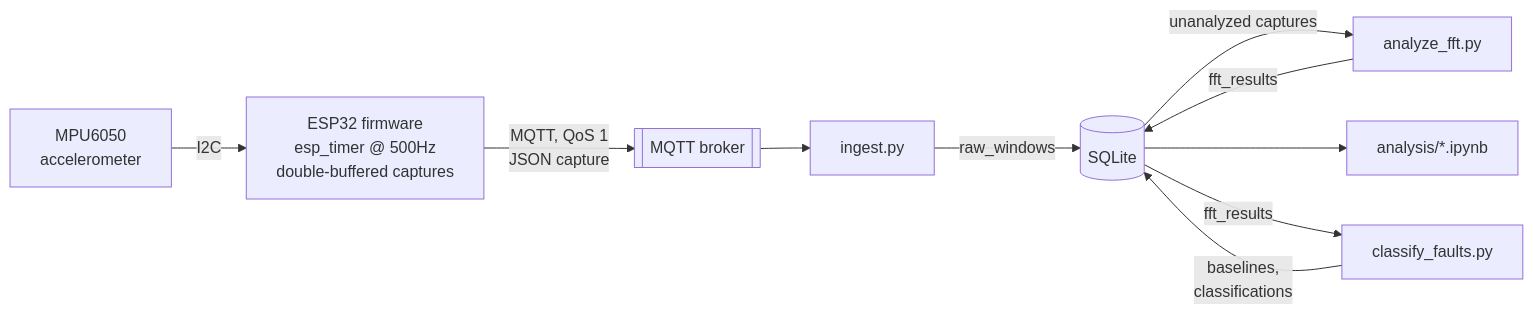
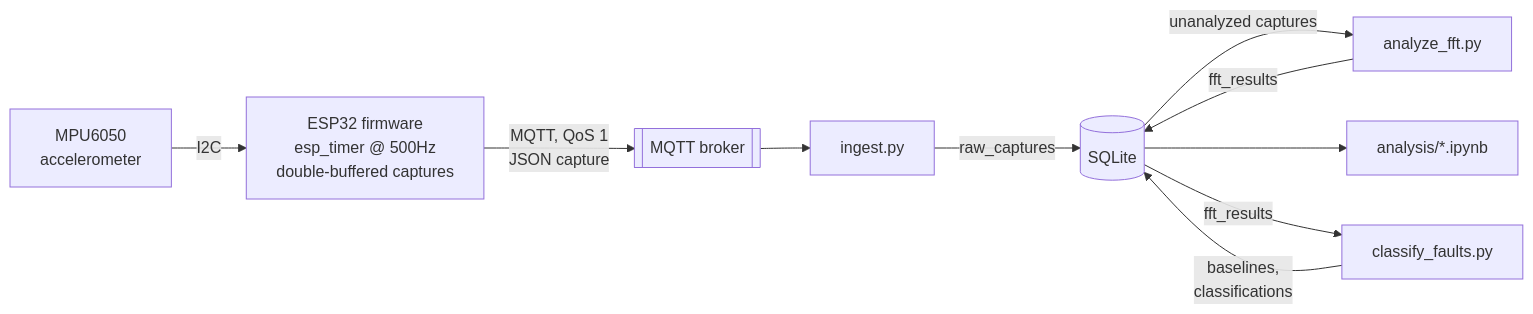
One commit to tyroneous9/Conveyor-Monitor changed the diagram in README.md. Above: the diagram before and after it, drawn with Mermaid. The commit also changed other lines of this file and 11 other files, not shown here.

````diff
--- a/README.md
+++ b/README.md
@@ -86,12 +86,12 @@
 ```mermaid
 flowchart LR
     MPU["MPU6050<br/>accelerometer"] -->|I2C| ESP["ESP32 firmware<br/>esp_timer @ 500Hz<br/>double-buffered captures"]
     ESP -->|"MQTT, QoS 1<br/>JSON capture"| Broker[["MQTT broker"]]
     Broker --> Ingest["ingest.py"]
-    Ingest -->|raw_windows| DB[("SQLite")]
+    Ingest -->|raw_captures| DB[("SQLite")]
     DB -->|unanalyzed captures| Analyze["analyze_fft.py"]
     Analyze -->|fft_results| DB
     DB --> NB["analysis/*.ipynb"]
     DB -->|fft_results| Classify["classify_faults.py"]
     Classify -->|baselines,<br/>classifications| DB
 ```
````
